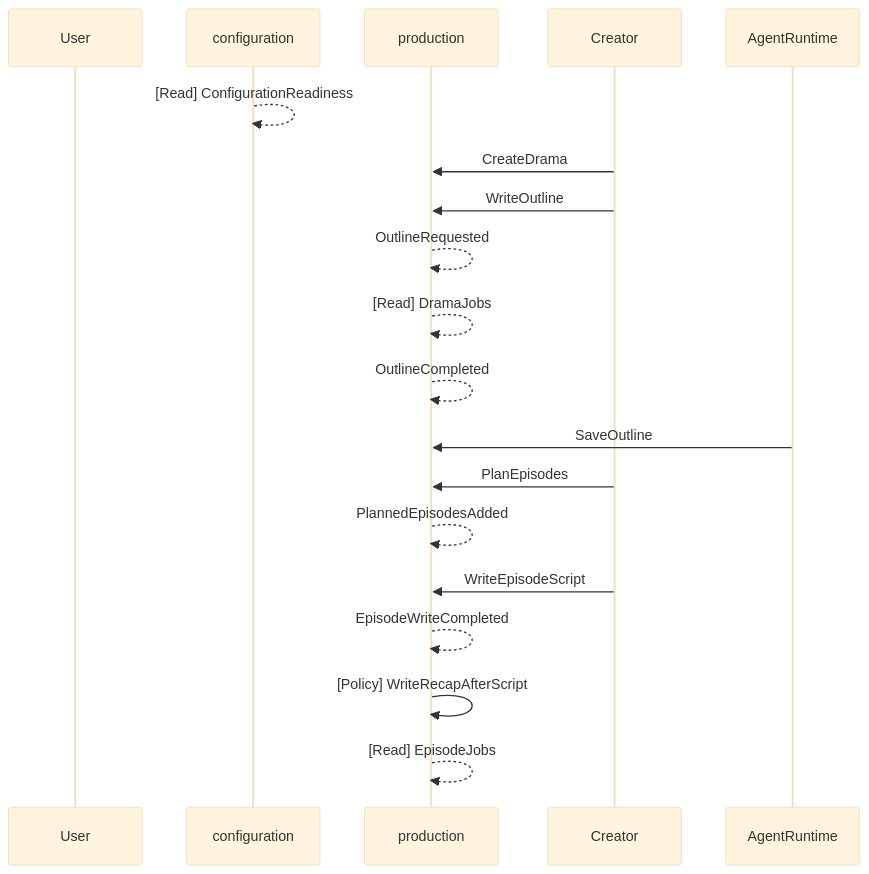
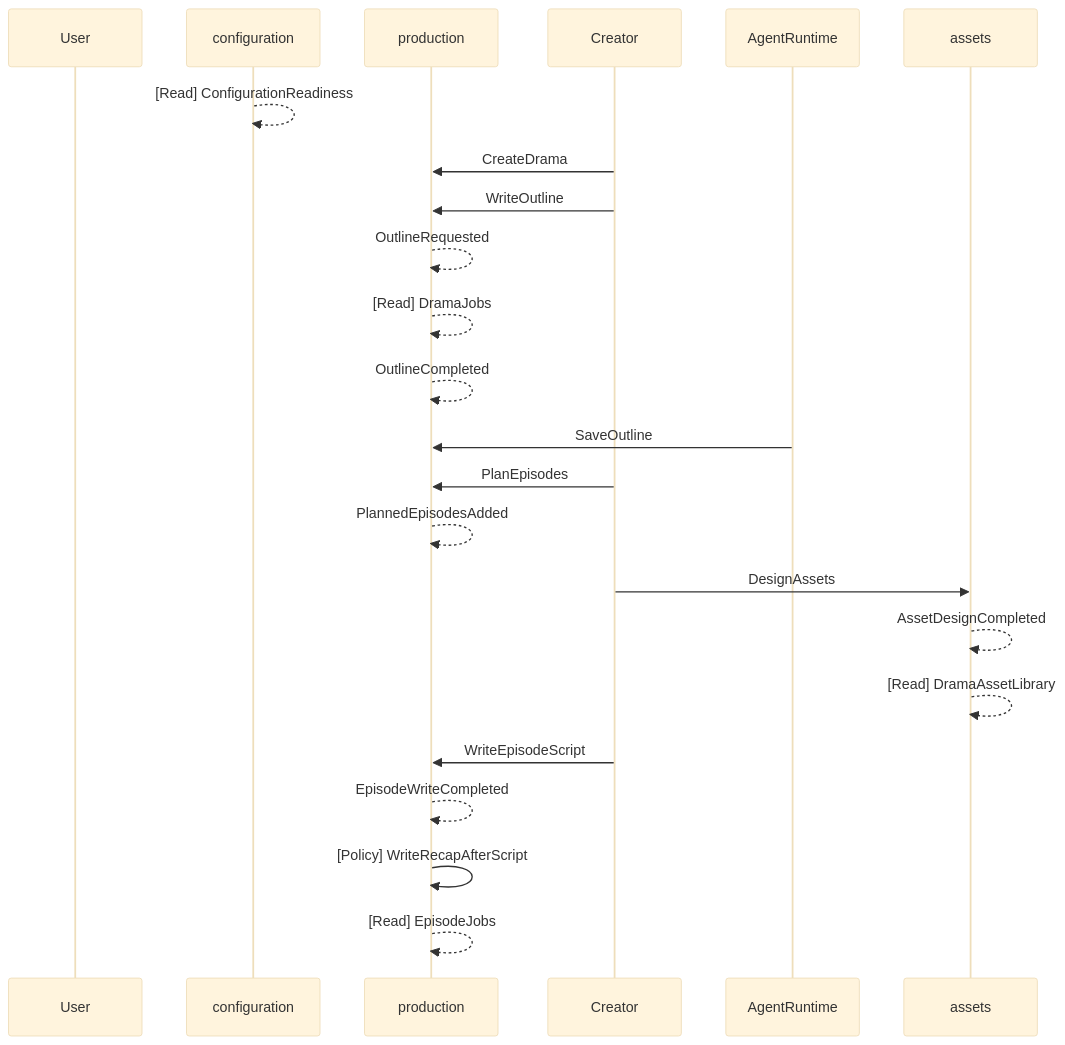
Before and after one commit to hakankaan/open-drama: the tenth of 10 diagrams in .dkk/docs/index.md, drawn with Mermaid (base theme). The commit also changed other lines of this file and 55 other files, not shown here.

````diff
--- a/.dkk/docs/index.md
+++ b/.dkk/docs/index.md
@@ -549,22 +549,26 @@
 ```mermaid
 sequenceDiagram
     participant actor_User as User
     participant ctx_configuration as configuration
     participant ctx_production as production
     participant actor_Creator as Creator
     participant actor_AgentRuntime as AgentRuntime
+    participant ctx_assets as assets
 
     ctx_configuration-->>ctx_configuration: [Read] ConfigurationReadiness
     actor_Creator->>ctx_production: CreateDrama
     actor_Creator->>ctx_production: WriteOutline
     ctx_production-->>ctx_production: OutlineRequested
     ctx_production-->>ctx_production: [Read] DramaJobs
     ctx_production-->>ctx_production: OutlineCompleted
     actor_AgentRuntime->>ctx_production: SaveOutline
     actor_Creator->>ctx_production: PlanEpisodes
     ctx_production-->>ctx_production: PlannedEpisodesAdded
+    actor_Creator->>ctx_assets: DesignAssets
+    ctx_assets-->>ctx_assets: AssetDesignCompleted
+    ctx_assets-->>ctx_assets: [Read] DramaAssetLibrary
     actor_Creator->>ctx_production: WriteEpisodeScript
     ctx_production-->>ctx_production: EpisodeWriteCompleted
     ctx_production->>ctx_production: [Policy] WriteRecapAfterScript
     ctx_production-->>ctx_production: [Read] EpisodeJobs
 ```
````
